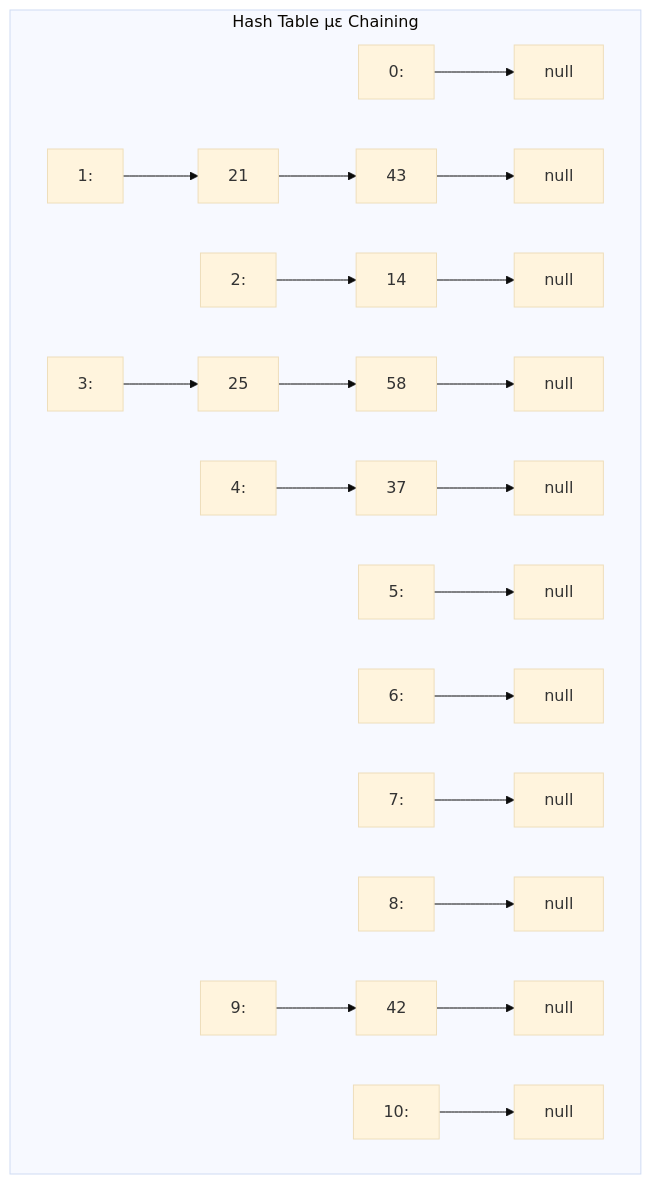
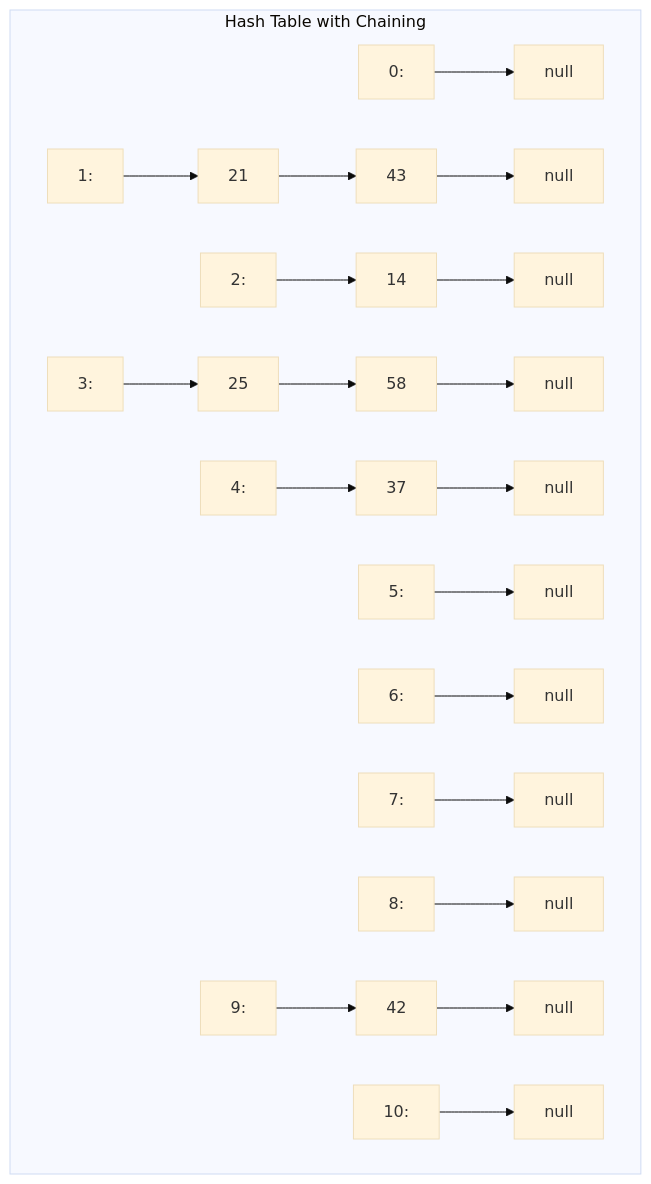
The third of 5 diagrams in Year_2/Semester_3/DSA_DATA_STRUCTURES_ALGORITHMS/Resources/Hashing.md (PanagopoulosNikolaos/DitOpenNotes), drawn with Mermaid (base theme) before and after one commit. The commit also changed other lines of this file and 50 other files, not shown here.

````diff
--- a/Year_2/Semester_3/DSA_DATA_STRUCTURES_ALGORITHMS/Resources/Hashing.md
+++ b/Year_2/Semester_3/DSA_DATA_STRUCTURES_ALGORITHMS/Resources/Hashing.md
@@ -161,16 +161,16 @@
 ```mermaid
 graph TD
-    subgraph "Hash Table με Chaining"
+    subgraph "Hash Table with Chaining"
     H0[0: ] --> L0[null]
     H1[1: ] --> L1[21] --> L1B[43] --> L1C[null]
     H2[2: ] --> L2[14] --> L2B[null]
     H3[3: ] --> L3[25] --> L3B[58] --> L3C[null]
     H4[4: ] --> L4[37] --> L4B[null]
     H5[5: ] --> L5[null]
     H6[6: ] --> L6[null]
     H7[7: ] --> L7[null]
     H8[8: ] --> L8[null]
     H9[9: ] --> L9[42] --> L9B[null]
     H10[10: ] --> L10[null]
     end
 ```
````
